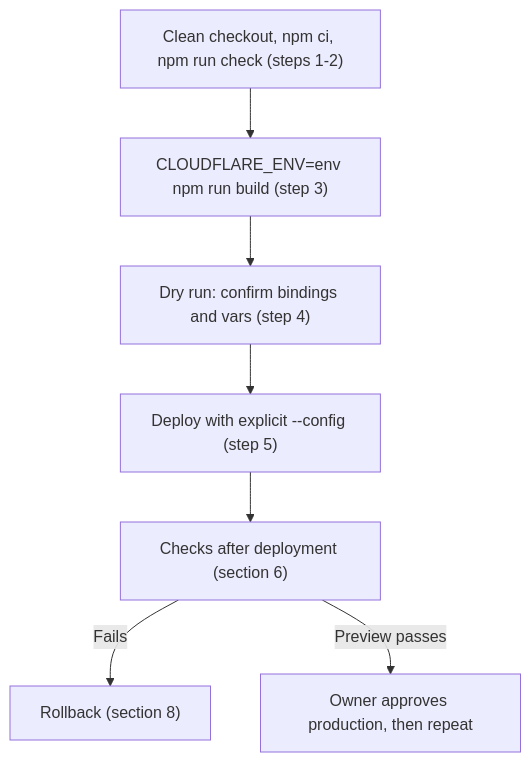
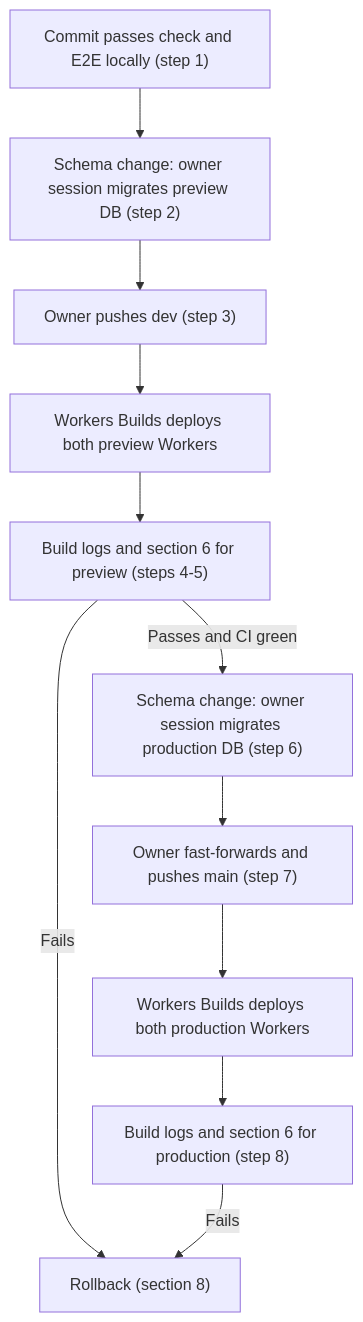
The diagram in docs/en/DEPLOYMENT.md (musica-sanare/travel-discovery-app), drawn with Mermaid before and after one commit. The commit also changed other lines of this file and 7 other files, not shown here.

First line of the commit message:
docs: plan deploys through Workers Builds

````diff
--- a/docs/en/DEPLOYMENT.md
+++ b/docs/en/DEPLOYMENT.md
@@ -141,9 +233,13 @@
 ```mermaid
 flowchart TD
-  prep["Clean checkout, npm ci, npm run check (steps 1-2)"] --> build["CLOUDFLARE_ENV=env npm run build (step 3)"]
-  build --> dry["Dry run: confirm bindings and vars (step 4)"]
-  dry --> deploy["Deploy with explicit --config (step 5)"]
-  deploy --> checks["Checks after deployment (section 6)"]
-  checks -->|"Fails"| rollback["Rollback (section 8)"]
-  checks -->|"Preview passes"| prod["Owner approves production, then repeat"]
+  local["Commit passes check and E2E locally (step 1)"] --> mig["Schema change: owner session migrates preview DB (step 2)"]
+  mig --> dev["Owner pushes dev (step 3)"]
+  dev --> pbuild["Workers Builds deploys both preview Workers"]
+  pbuild --> pcheck["Build logs and section 6 for preview (steps 4-5)"]
+  pcheck -->|"Fails"| rollback["Rollback (section 8)"]
+  pcheck -->|"Passes and CI green"| pmig["Schema change: owner session migrates production DB (step 6)"]
+  pmig --> main["Owner fast-forwards and pushes main (step 7)"]
+  main --> mbuild["Workers Builds deploys both production Workers"]
+  mbuild --> mcheck["Build logs and section 6 for production (step 8)"]
+  mcheck -->|"Fails"| rollback
 ```
````
